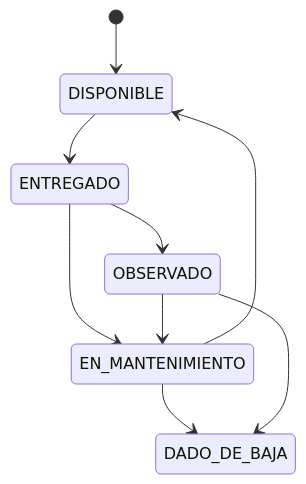
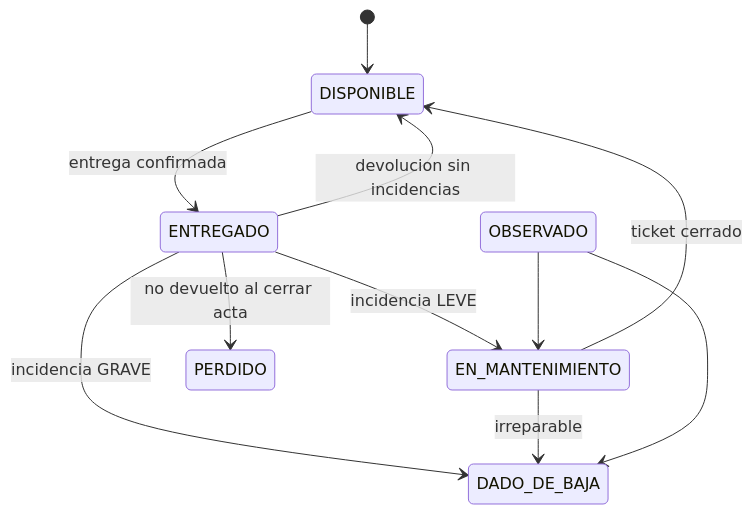
Before and after one commit to Kaito740/EquipManager: the fifth of 5 diagrams in docs/architecture.md, drawn with Mermaid. The commit also changed other lines of this file and 5 other files, not shown here.

````diff
--- a/docs/architecture.md
+++ b/docs/architecture.md
@@ -103,11 +108,13 @@
 ```mermaid
 stateDiagram-v2
     [*] --> DISPONIBLE
-    DISPONIBLE --> ENTREGADO
-    ENTREGADO --> EN_MANTENIMIENTO
-    ENTREGADO --> OBSERVADO
-    EN_MANTENIMIENTO --> DISPONIBLE
-    EN_MANTENIMIENTO --> DADO_DE_BAJA
+    DISPONIBLE --> ENTREGADO : entrega confirmada
+    ENTREGADO --> DISPONIBLE : devolucion sin incidencias
+    ENTREGADO --> EN_MANTENIMIENTO : incidencia LEVE
+    ENTREGADO --> DADO_DE_BAJA : incidencia GRAVE
+    ENTREGADO --> PERDIDO : no devuelto al cerrar acta
+    EN_MANTENIMIENTO --> DISPONIBLE : ticket cerrado
+    EN_MANTENIMIENTO --> DADO_DE_BAJA : irreparable
     OBSERVADO --> EN_MANTENIMIENTO
     OBSERVADO --> DADO_DE_BAJA
 ```
````
